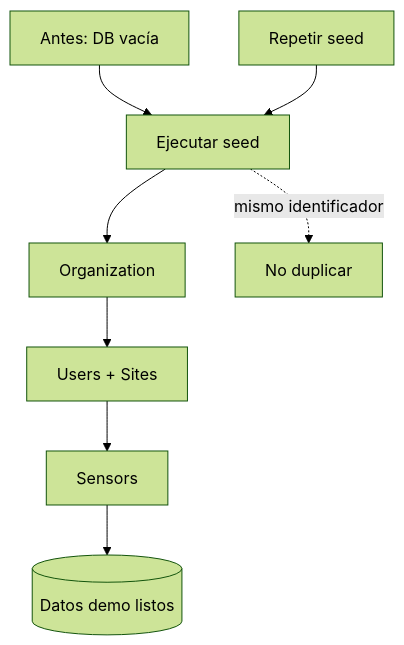
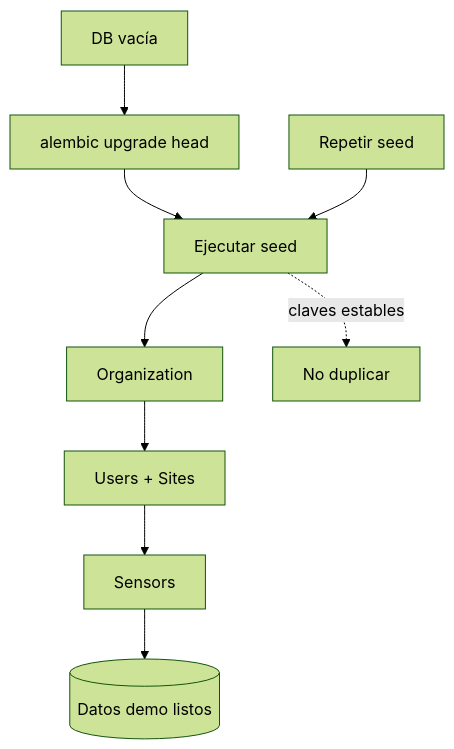
The first of 2 diagrams in docs/daruny/05-seed/03-diagrama.md (Anagamedina/ft_transcendence), drawn with Mermaid (forest theme) before and after one commit. The commit also changed other lines of this file and 42 other files, not shown here.

````diff
--- a/docs/daruny/05-seed/03-diagrama.md
+++ b/docs/daruny/05-seed/03-diagrama.md
@@ -3,10 +5,11 @@
 ```mermaid
 flowchart TD
- A[Antes: DB vacía] --> B[Ejecutar seed]
- B --> C[Organization]
- C --> D[Users + Sites]
- D --> E[Sensors]
- E --> F[(Datos demo listos)]
- G[Repetir seed] --> B
- B -. mismo identificador .-> H[No duplicar]
+ A[DB vacía] --> B[alembic upgrade head]
+ B --> C[Ejecutar seed]
+ C --> D[Organization]
+ D --> E[Users + Sites]
+ E --> F[Sensors]
+ F --> G[(Datos demo listos)]
+ H[Repetir seed] --> C
+ C -. claves estables .-> I[No duplicar]
 ```
````
